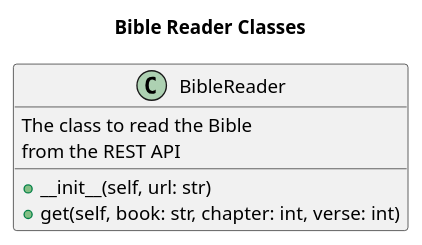
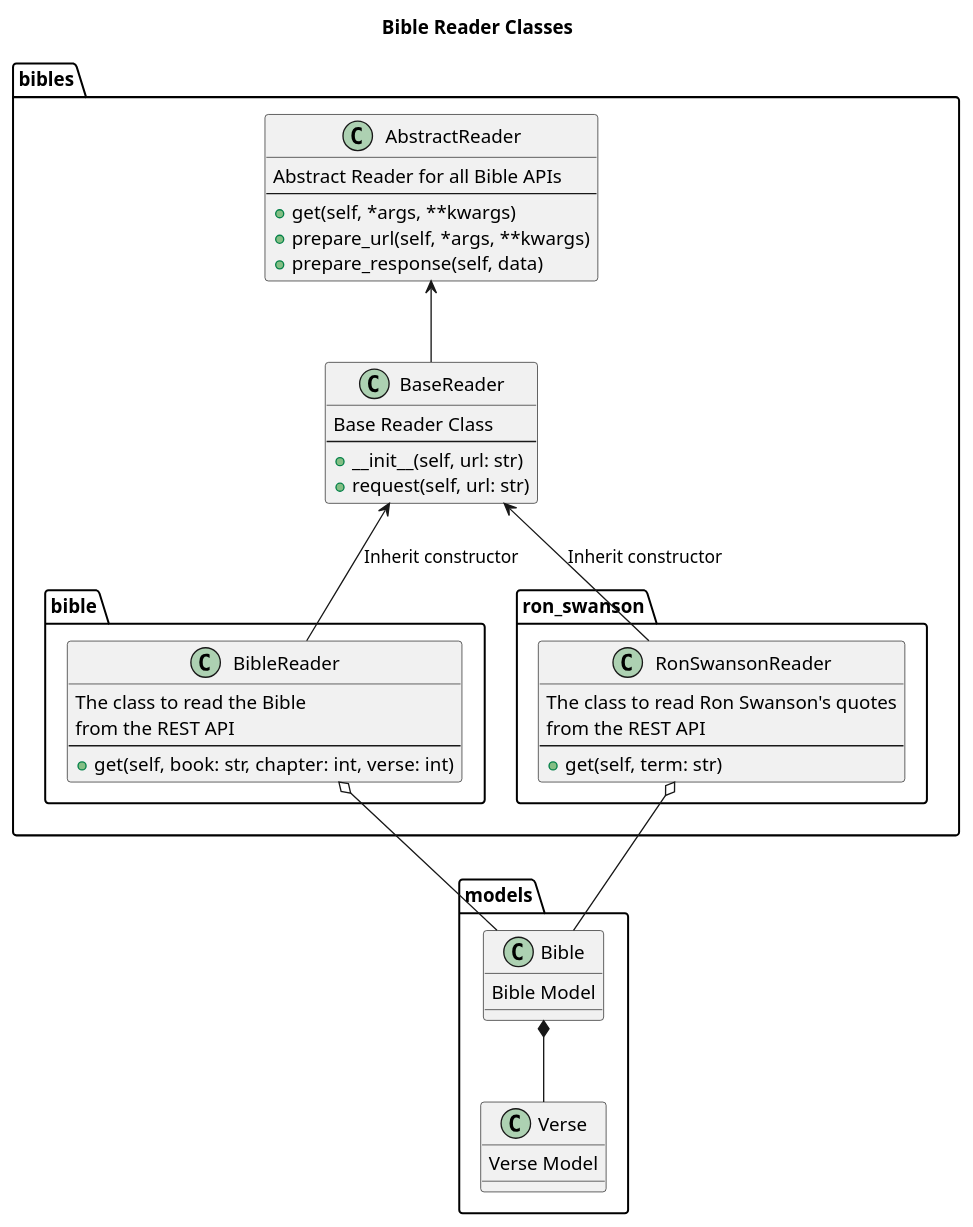
The diagram in .docs/classes.puml (MikhailKravets/bible-reader), drawn with PlantUML before and after one commit. The commit also changed 5 other files, not shown here.

Commit message:
* Add Ron Swanson API * Add Abstract and Base readers * Split code among modules

```diff
--- a/.docs/classes.puml
+++ b/.docs/classes.puml
@@ -1,12 +1,53 @@
 @startuml
 
 title "Bible Reader Classes"
 
-class BibleReader{
-    The class to read the Bible
-    from the REST API
-    +__init__(self, url: str)
-    +get(self, book: str, chapter: int, verse: int)
+package models {
+    class Bible {
+        Bible Model
+    }
+    class Verse {
+        Verse Model
+    }
+    Verse -up-* Bible
 }
 
+package bibles {
+    class AbstractReader{
+        Abstract Reader for all Bible APIs
+        ----
+        +get(self, *args, **kwargs)
+        +prepare_url(self, *args, **kwargs)
+        +prepare_response(self, data)
+    }
+    class BaseReader{
+        Base Reader Class
+        ----
+        +__init__(self, url: str)
+        +request(self, url: str)
+    }
+    package bible{
+        class BibleReader{
+            The class to read the Bible
+            from the REST API
+            ----
+            +get(self, book: str, chapter: int, verse: int)
+        }
+    }
+    package ron_swanson{
+        class RonSwansonReader{
+            The class to read Ron Swanson's quotes
+            from the REST API
+            ----
+            +get(self, term: str)
+        }
+    }
+    BaseReader -up-> AbstractReader
+
+    BibleReader -up-> BaseReader: Inherit constructor
+    RonSwansonReader -up-> BaseReader: Inherit constructor
+}
+Bible -up-o BibleReader
+Bible -up-o RonSwansonReader
+
 @enduml
```
